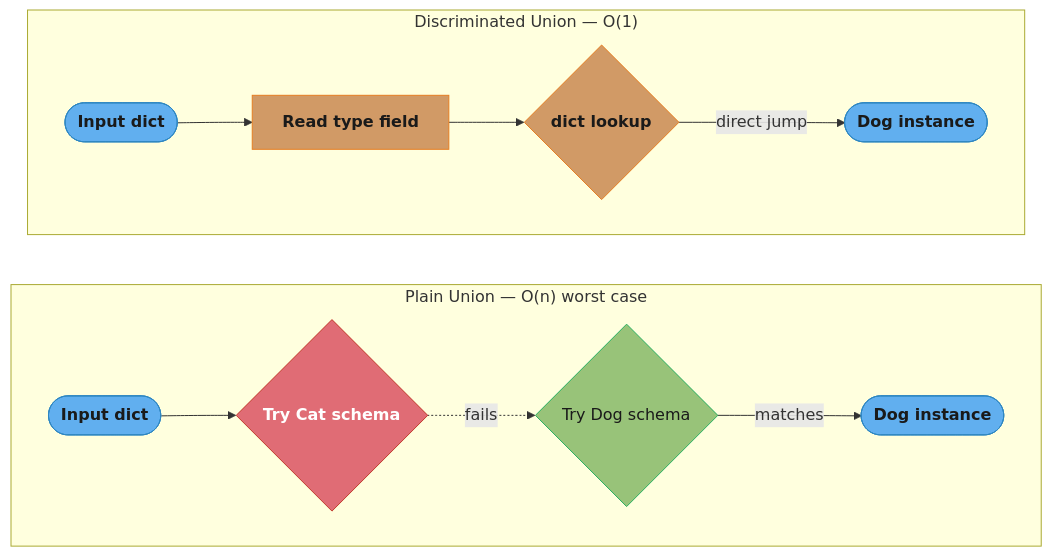
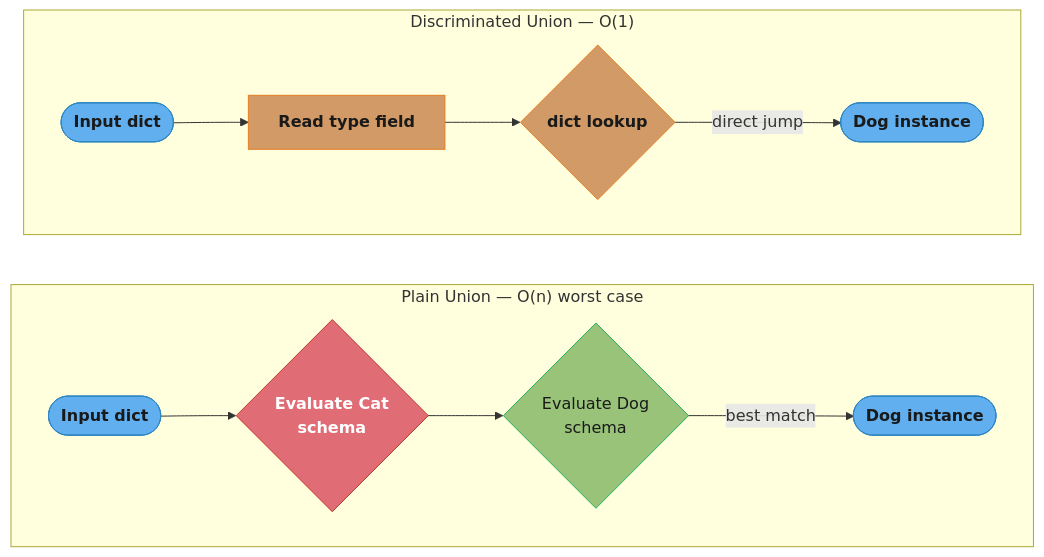
The fifth of 5 diagrams in src/main/java/com/rutik/systemdesign/fastapi/pydantic_v2_deep_dive/README.md (rppol/system-design), drawn with Mermaid before and after one commit. The commit also changed other lines of this file and 3 other files, not shown here.

````diff
--- a/src/main/java/com/rutik/systemdesign/fastapi/pydantic_v2_deep_dive/README.md
+++ b/src/main/java/com/rutik/systemdesign/fastapi/pydantic_v2_deep_dive/README.md
@@ -614,29 +625,29 @@
 ```mermaid
 flowchart LR
     classDef io      fill:#61afef,stroke:#2e86c1,color:#1a1a1a,font-weight:bold
     classDef frozen  fill:#c678dd,stroke:#9b59b6,color:#fff
     classDef train   fill:#98c379,stroke:#27ae60,color:#1a1a1a
     classDef mathOp  fill:#d19a66,stroke:#e67e22,color:#1a1a1a,font-weight:bold
     classDef lossN   fill:#e06c75,stroke:#c0392b,color:#fff,font-weight:bold
     classDef req     fill:#56b6c2,stroke:#0097a7,color:#1a1a1a
     classDef base    fill:#e5c07b,stroke:#f39c12,color:#1a1a1a
 
     subgraph PU["Plain Union — O(n) worst case"]
         direction LR
-        P1(["Input dict"]) --> P2{"Try Cat schema"}
-        P2 -.->|fails| P3{"Try Dog schema"}
-        P3 -->|matches| P4(["Dog instance"])
+        P1(["Input dict"]) --> P2{"Evaluate Cat<br/>schema"}
+        P2 --> P3{"Evaluate Dog<br/>schema"}
+        P3 -->|"best match"| P4(["Dog instance"])
     end
 
     subgraph DU["Discriminated Union — O(1)"]
         direction LR
         Q1(["Input dict"]) --> Q2["Read type field"]
         Q2 --> Q3{"dict lookup"}
         Q3 -->|direct jump| Q4(["Dog instance"])
     end
 
     class P1,P4,Q1,Q4 io
     class P2 lossN
     class P3 train
     class Q2,Q3 mathOp
 ```
````
